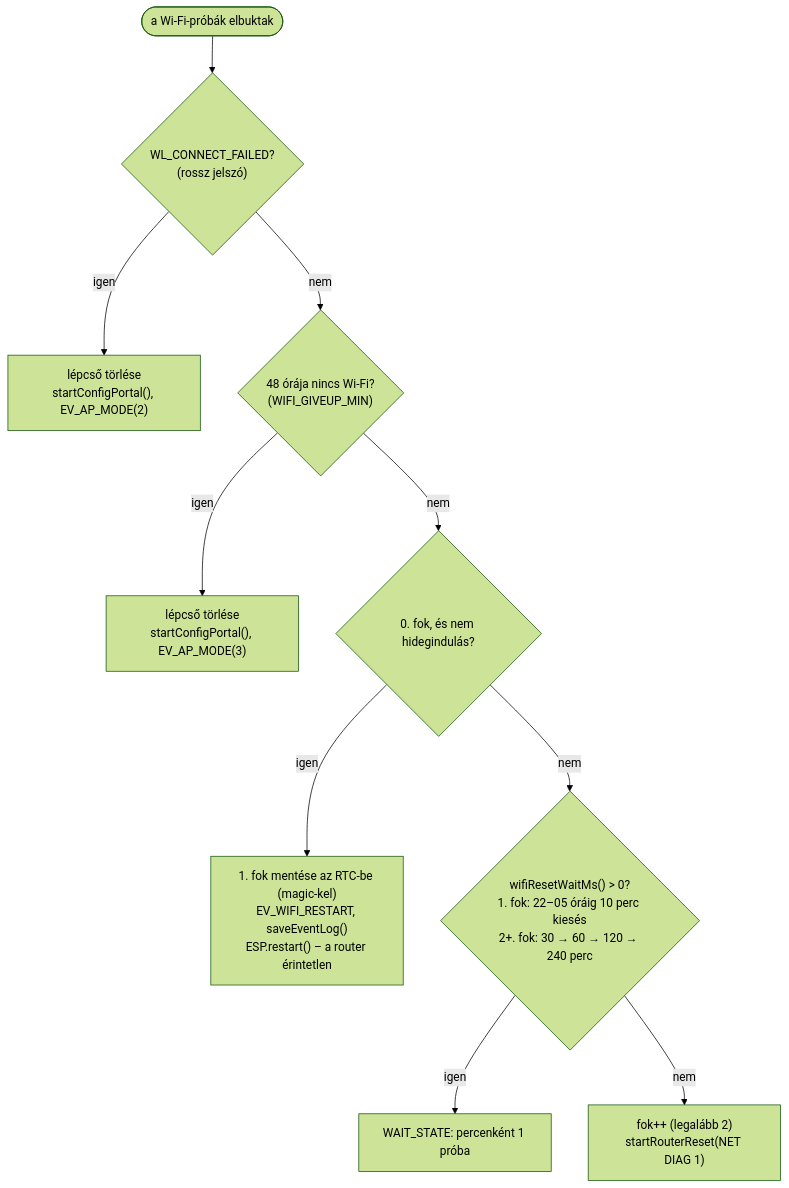
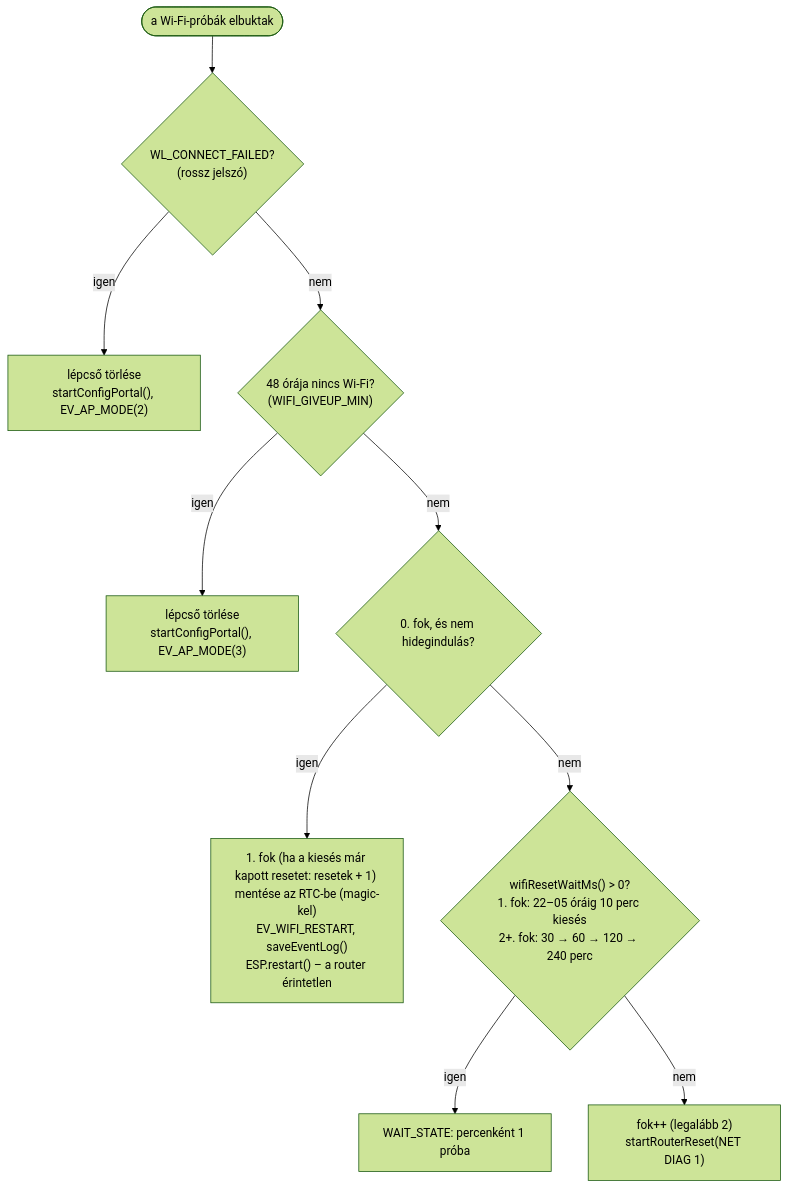
One commit to manszabi/bazsi-router-reboot changed the seventh of 10 diagrams in FOLYAMATABRA.md. Above: the diagram before and after it, drawn with Mermaid (forest theme). The commit also changed other lines of this file and 5 other files, not shown here.

````diff
--- a/FOLYAMATABRA.md
+++ b/FOLYAMATABRA.md
@@ -212,12 +212,12 @@
 ```mermaid
 flowchart TD
     IN([a Wi-Fi-próbák elbuktak]) --> AUTH{"WL_CONNECT_FAILED?<br>(rossz jelszó)"}
     AUTH -->|igen| AP2["lépcső törlése<br>startConfigPortal(), EV_AP_MODE(2)"]
     AUTH -->|nem| GIVE{"48 órája nincs Wi-Fi?<br>(WIFI_GIVEUP_MIN)"}
     GIVE -->|igen| AP3["lépcső törlése<br>startConfigPortal(), EV_AP_MODE(3)"]
     GIVE -->|nem| S0{"0. fok, és nem hidegindulás?"}
-    S0 -->|igen| RST["1. fok mentése az RTC-be (magic-kel)<br>EV_WIFI_RESTART, saveEventLog()<br>ESP.restart() – a router érintetlen"]
+    S0 -->|igen| RST["1. fok (ha a kiesés már kapott resetet: resetek + 1) mentése az RTC-be (magic-kel)<br>EV_WIFI_RESTART, saveEventLog()<br>ESP.restart() – a router érintetlen"]
     S0 -->|nem| PEND{"wifiResetWaitMs() > 0?<br>1. fok: 22–05 óráig 10 perc kiesés<br>2+. fok: 30 → 60 → 120 → 240 perc"}
     PEND -->|igen| WAIT["WAIT_STATE: percenként 1 próba"]
     PEND -->|nem| RR["fok++ (legalább 2)<br>startRouterReset(NET DIAG 1)"]
 ```
````
